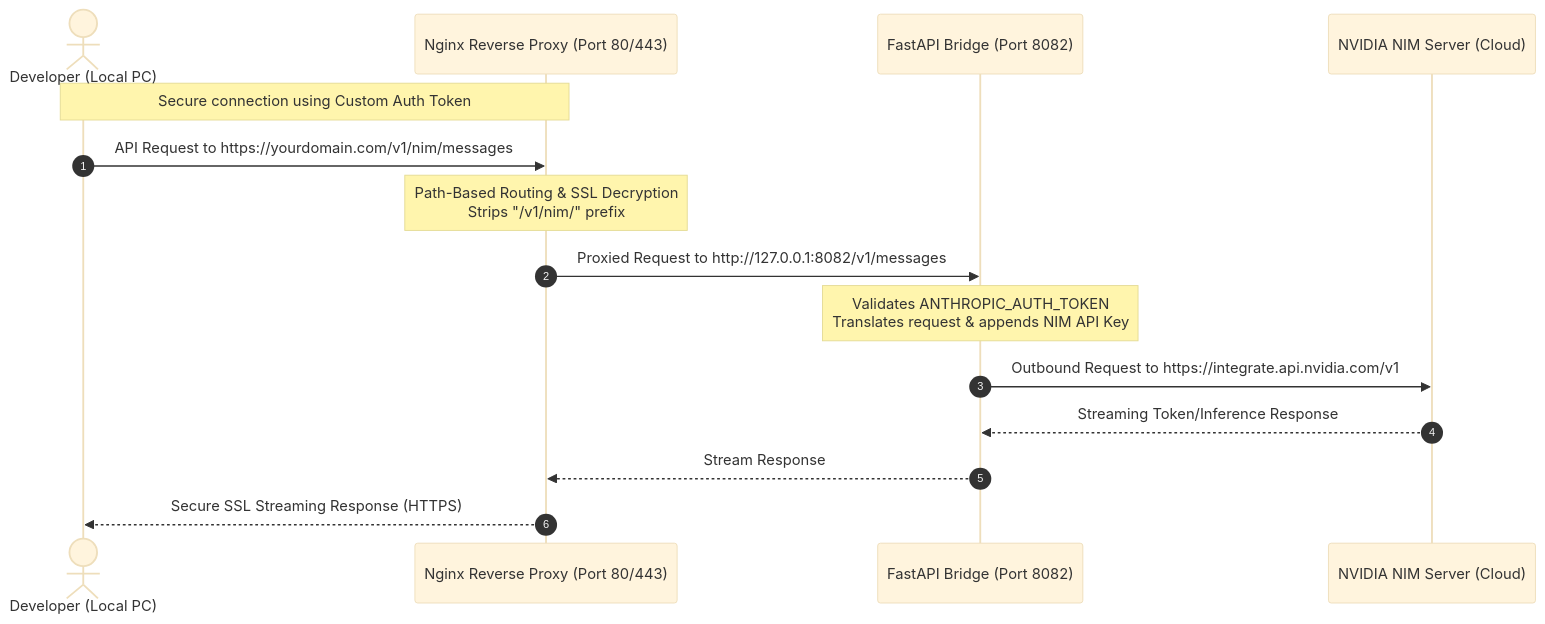
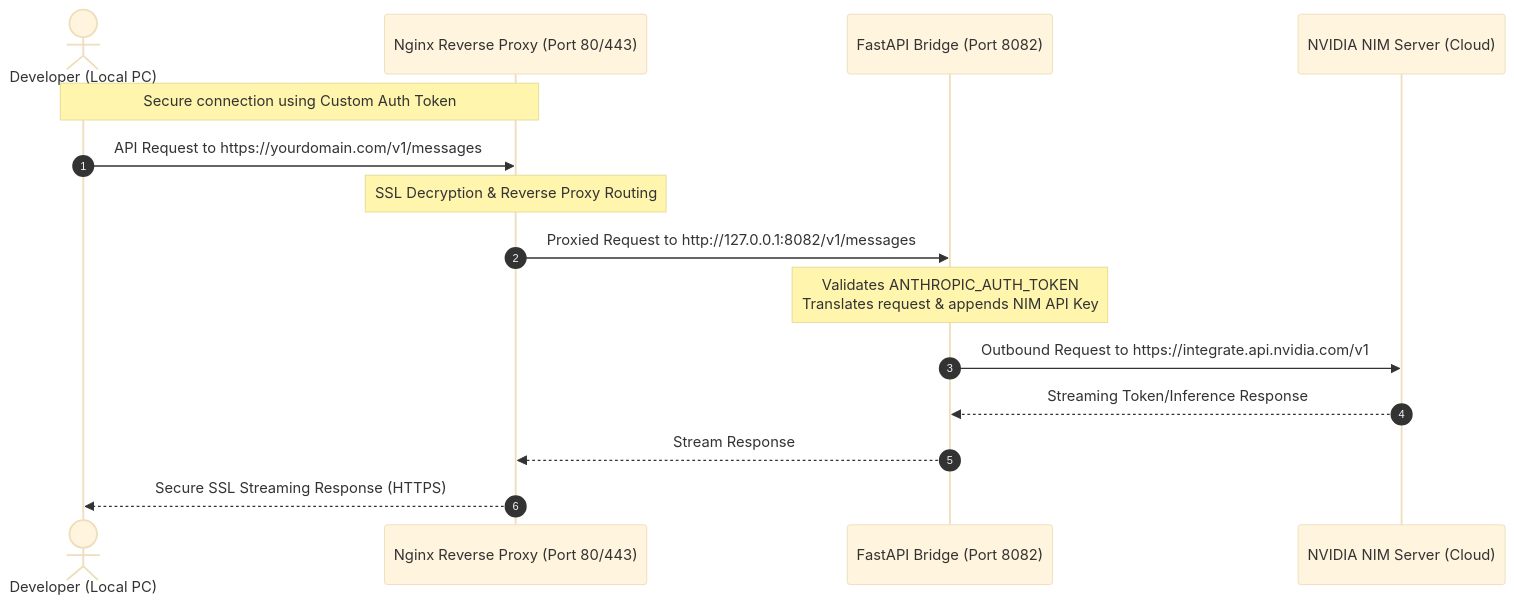
The diagram in README.md (gshuvam/Remote-NIM-Setup), drawn with Mermaid (base theme) before and after one commit. The commit also changed other lines of this file and 1 other file, not shown here.

````diff
--- a/README.md
+++ b/README.md
@@ -21,18 +21,18 @@
 ```mermaid
 sequenceDiagram
     autonumber
     actor Dev as Developer (Local PC)
     participant Nginx as Nginx Reverse Proxy (Port 80/443)
     participant FastAPI as FastAPI Bridge (Port 8082)
     participant NIM as NVIDIA NIM Server (Cloud)
 
     Note over Dev,Nginx: Secure connection using Custom Auth Token
-    Dev->>Nginx: API Request to https://yourdomain.com/v1/nim/messages
-    Note over Nginx: Path-Based Routing & SSL Decryption<br/>Strips "/v1/nim/" prefix
+    Dev->>Nginx: API Request to https://yourdomain.com/v1/messages
+    Note over Nginx: SSL Decryption & Reverse Proxy Routing
     Nginx->>FastAPI: Proxied Request to http://127.0.0.1:8082/v1/messages
     Note over FastAPI: Validates ANTHROPIC_AUTH_TOKEN<br/>Translates request & appends NIM API Key
     FastAPI->>NIM: Outbound Request to https://integrate.api.nvidia.com/v1
     NIM-->>FastAPI: Streaming Token/Inference Response
     FastAPI-->>Nginx: Stream Response
     Nginx-->>Dev: Secure SSL Streaming Response (HTTPS)
 ```
````
